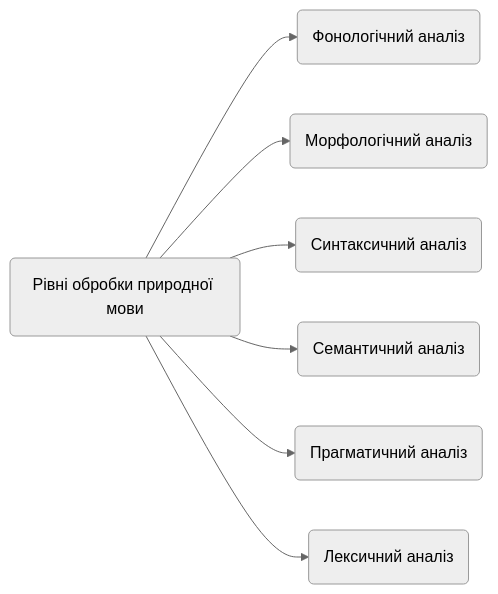
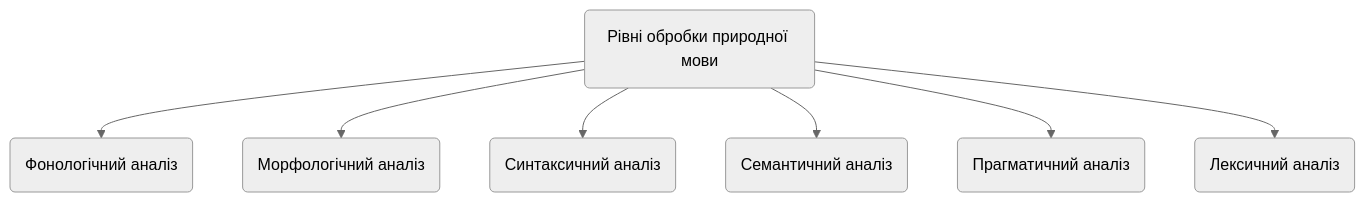
Before and after one commit to AleksFromUa/DBB-Project: the second of 2 diagrams in ODB.md, drawn with Mermaid (neutral theme). The commit also changed other lines of this file, not shown here.

````diff
--- a/ODB.md
+++ b/ODB.md
@@ -156,9 +156,9 @@
 ```mermaid
-graph LR
+graph TB
 A(Рівні обробки природної мови) --> B(Фонологічний аналіз)
 A --> C(Морфологічний аналіз)
 A --> D(Синтаксичний аналіз)
 A --> E(Семантичний аналіз)
 A --> F(Прагматичний аналіз)
 A --> G(Лексичний аналіз)
 ```
````
